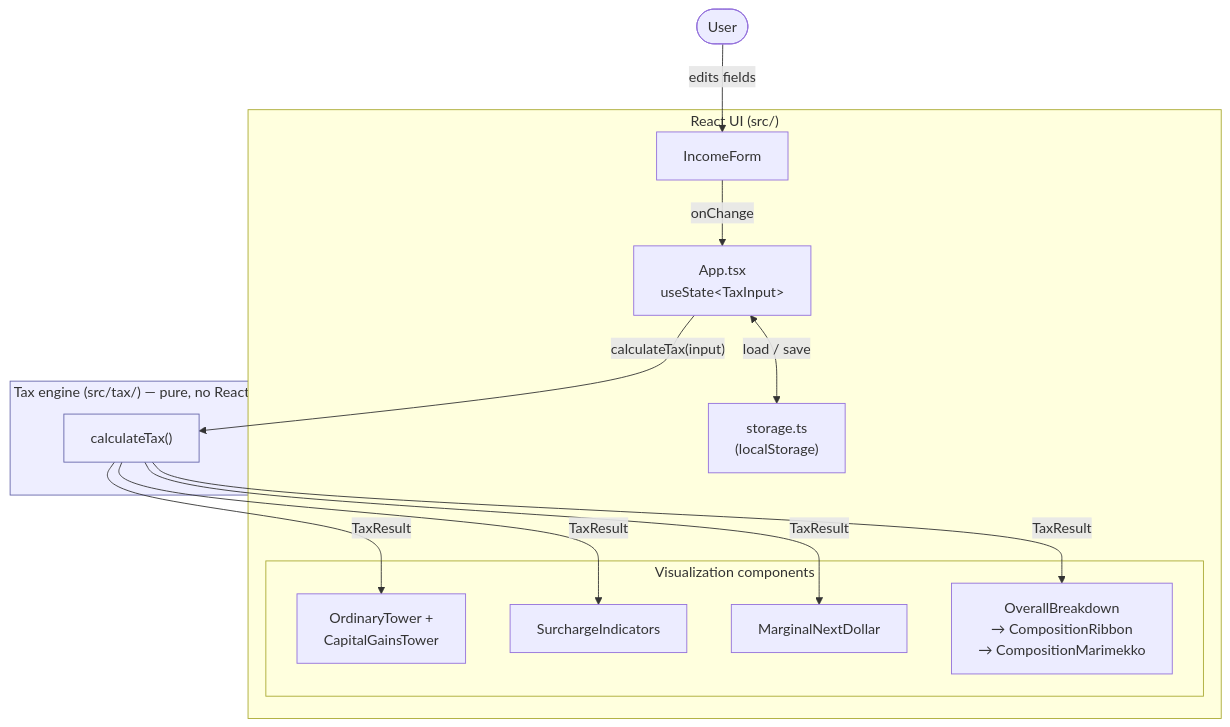
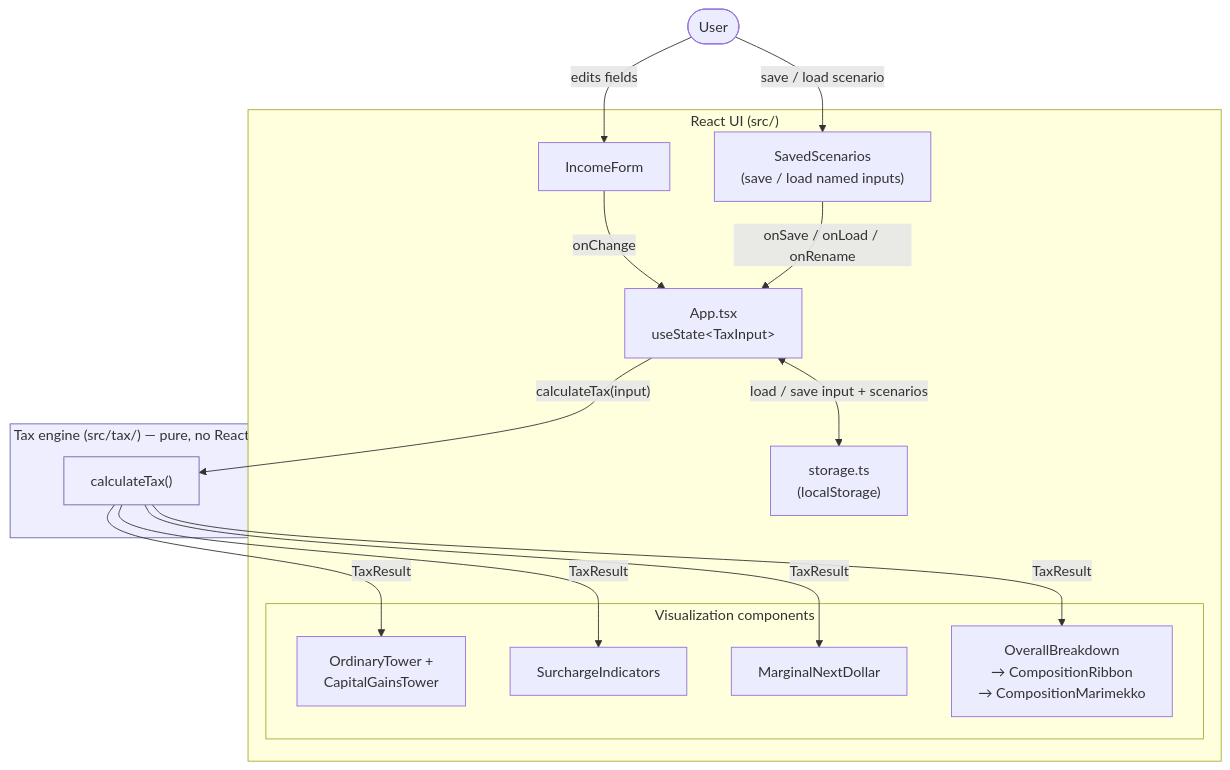
One commit to agrberg/tax-visualizer changed the first of 2 diagrams in ARCHITECTURE.md. Above: the diagram before and after it, drawn with Mermaid. The commit also changed other lines of this file and 7 other files, not shown here.

First line of the commit message:
refactor: rename the saved-inputs feature to "Scenarios"

````diff
--- a/ARCHITECTURE.md
+++ b/ARCHITECTURE.md
@@ -19,33 +20,36 @@
 ```mermaid
 flowchart TB
     user([User])
 
     subgraph ui["React UI (src/)"]
         form["IncomeForm"]
+        saved["SavedScenarios<br/>(save / load named inputs)"]
         app["App.tsx<br/>useState&lt;TaxInput&gt;"]
         storage["storage.ts<br/>(localStorage)"]
 
         subgraph views["Visualization components"]
             towers["OrdinaryTower +<br/>CapitalGainsTower"]
             surcharge["SurchargeIndicators"]
             marginal["MarginalNextDollar"]
             breakdown["OverallBreakdown<br/>→ CompositionRibbon<br/>→ CompositionMarimekko"]
         end
     end
 
     subgraph engine["Tax engine (src/tax/) — pure, no React"]
         calc["calculateTax()"]
     end
 
     user -->|edits fields| form
+    user -->|save / load scenario| saved
     form -->|onChange| app
-    app <-->|load / save| storage
+    saved -->|onSave / onLoad / onRename| app
+    app <-->|load / save input + scenarios| storage
     app -->|"calculateTax(input)"| calc
     calc -->|TaxResult| towers
     calc -->|TaxResult| surcharge
     calc -->|TaxResult| marginal
     calc -->|TaxResult| breakdown
 
     classDef pure fill:#eef,stroke:#66a;
     class engine,calc pure;
 ```
````
